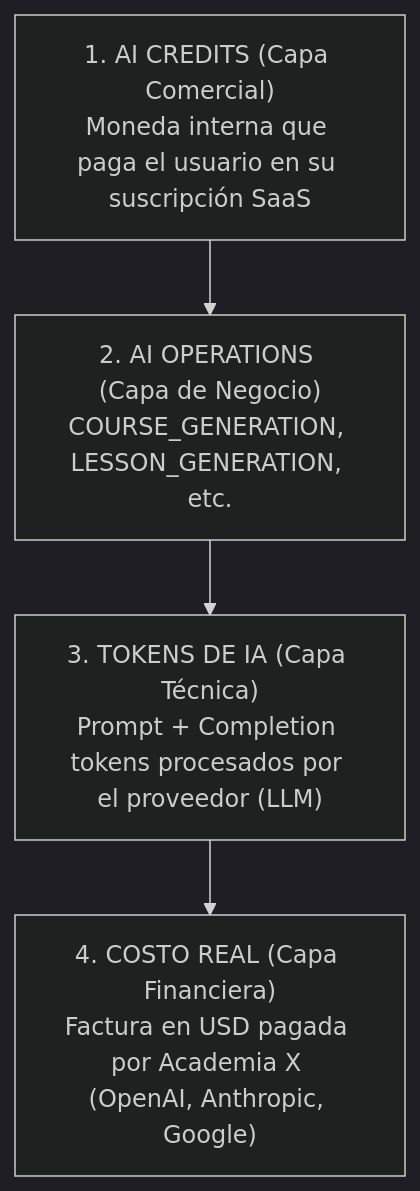
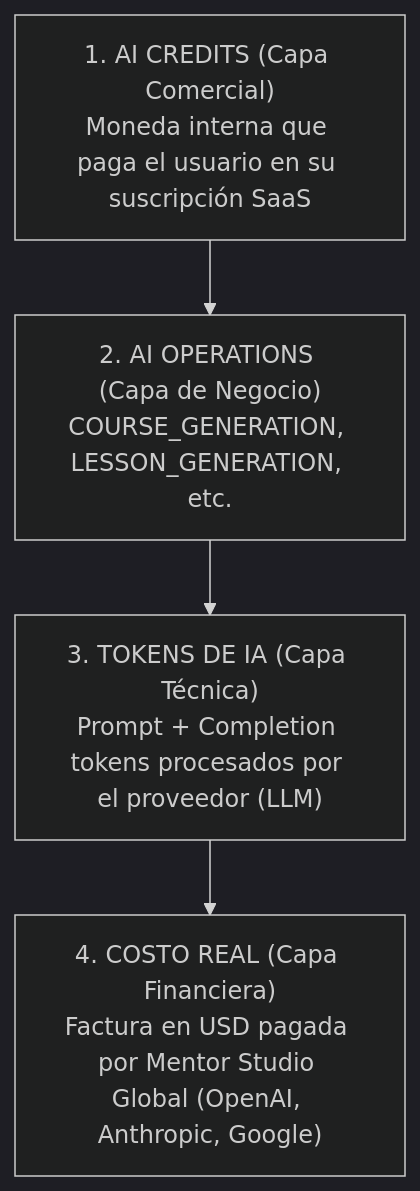
Before and after one commit to luisprogramer3000-pixel/Academia-x: the diagram in Academia X/docs/ai-credit-economic-model.md, drawn with Mermaid (dark theme). The commit also changed other lines of this file and 76 other files, not shown here.

````diff
--- a/Academia X/docs/ai-credit-economic-model.md
+++ b/Academia X/docs/ai-credit-economic-model.md
@@ -22,6 +22,6 @@
 ```mermaid
 flowchart TD
     A["1. AI CREDITS (Capa Comercial)<br/>Moneda interna que paga el usuario en su suscripción SaaS"] --> B["2. AI OPERATIONS (Capa de Negocio)<br/>COURSE_GENERATION, LESSON_GENERATION, etc."]
     B --> C["3. TOKENS DE IA (Capa Técnica)<br/>Prompt + Completion tokens procesados por el proveedor (LLM)"]
-    C --> D["4. COSTO REAL (Capa Financiera)<br/>Factura en USD pagada por Academia X (OpenAI, Anthropic, Google)"]
+    C --> D["4. COSTO REAL (Capa Financiera)<br/>Factura en USD pagada por Mentor Studio Global (OpenAI, Anthropic, Google)"]
 ```
````
